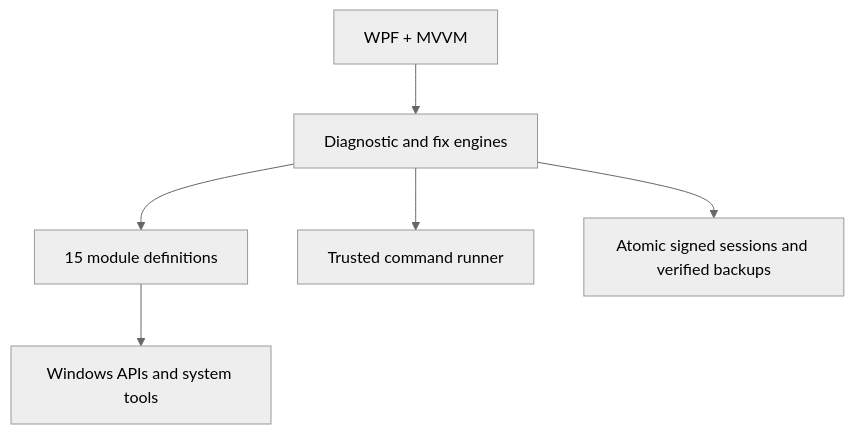
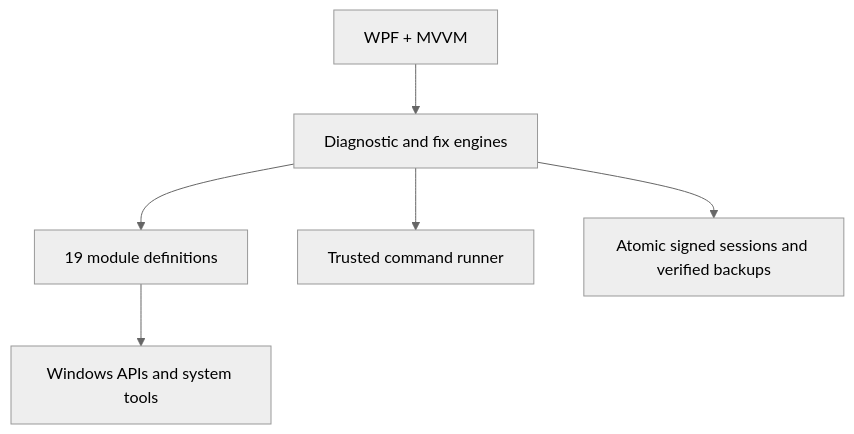
One commit to CaYatur/CaYaFix changed the diagram in README.md. Above: the diagram before and after it, drawn with Mermaid (neutral theme). The commit also changed other lines of this file and 20 other files, not shown here.

````diff
--- a/README.md
+++ b/README.md
@@ -206,8 +217,8 @@
 ```mermaid
 flowchart TD
     UI[WPF + MVVM] --> Engine[Diagnostic and fix engines]
-    Engine --> Modules[15 module definitions]
+    Engine --> Modules[19 module definitions]
     Engine --> Runner[Trusted command runner]
     Engine --> Recovery[Atomic signed sessions and verified backups]
     Modules --> Windows[Windows APIs and system tools]
 ```
````
